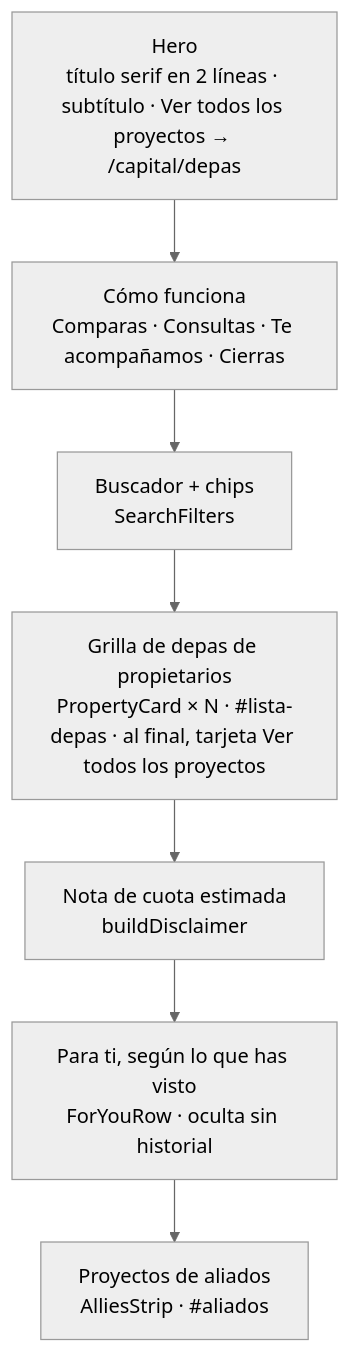
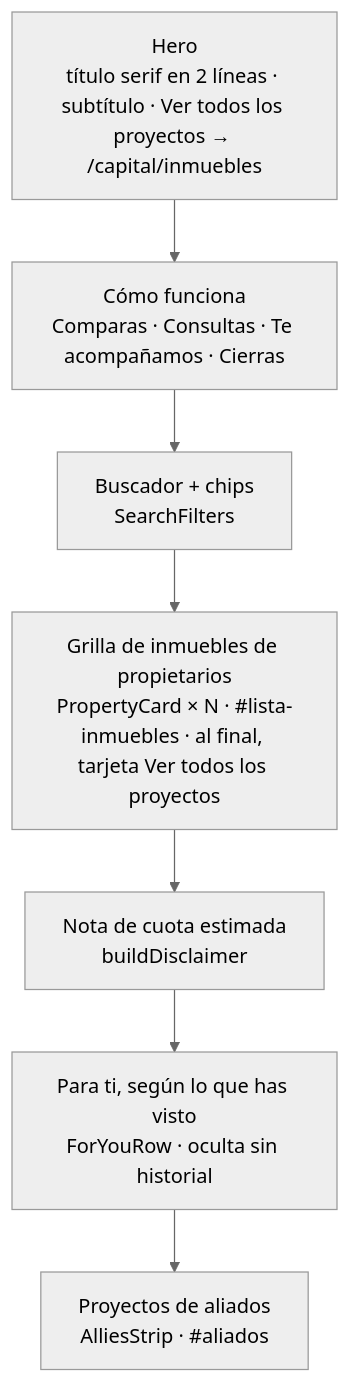
The second of 2 diagrams in docs/plataforma/02-frontend.md (samirharrytl/DHC_landing), drawn with Mermaid (neutral theme) before and after one commit. The commit also changed other lines of this file and 72 other files, not shown here.

First line of the commit message:
Fuente Poppins como depahostperu.com, "Mis depas" pasa a "Mis inmuebles" y cambios en API y panel

````diff
--- a/docs/plataforma/02-frontend.md
+++ b/docs/plataforma/02-frontend.md
@@ -148,11 +148,11 @@
 ```mermaid
 flowchart TB
-    A["Hero<br/>título serif en 2 líneas · subtítulo · Ver todos los proyectos → /capital/depas"]
+    A["Hero<br/>título serif en 2 líneas · subtítulo · Ver todos los proyectos → /capital/inmuebles"]
     B["Cómo funciona<br/>Comparas · Consultas · Te acompañamos · Cierras"]
     C["Buscador + chips<br/>SearchFilters"]
-    D["Grilla de depas de propietarios<br/>PropertyCard × N · #lista-depas · al final, tarjeta Ver todos los proyectos"]
+    D["Grilla de inmuebles de propietarios<br/>PropertyCard × N · #lista-inmuebles · al final, tarjeta Ver todos los proyectos"]
     E["Nota de cuota estimada<br/>buildDisclaimer"]
     F["Para ti, según lo que has visto<br/>ForYouRow · oculta sin historial"]
     G["Proyectos de aliados<br/>AlliesStrip · #aliados"]
     A --> B --> C --> D --> E --> F --> G
 ```
````
